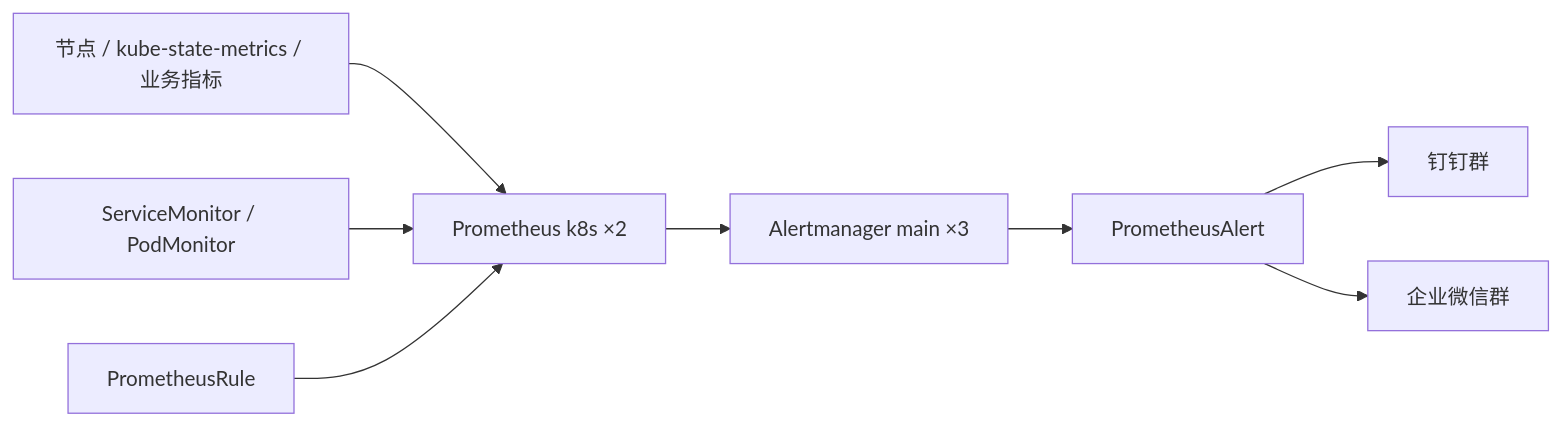
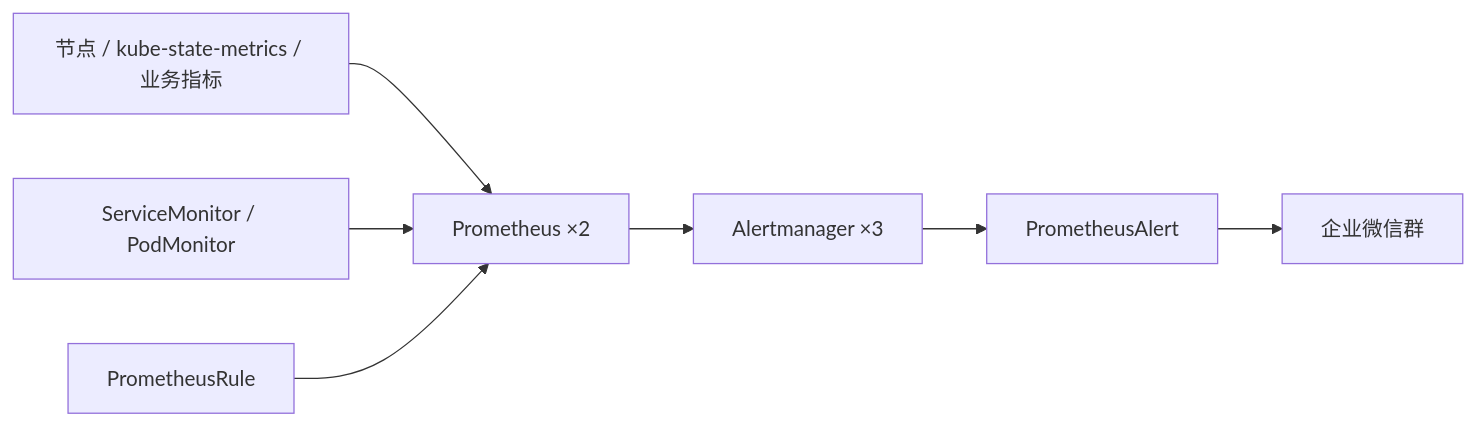
The diagram in README.md (sxxpqp/k8s-alerting-stack), drawn with Mermaid before and after one commit. The commit also changed other lines of this file and 7 other files, not shown here.

````diff
--- a/README.md
+++ b/README.md
@@ -7,10 +5,9 @@
 ```mermaid
 flowchart LR
-  E[节点 / kube-state-metrics / 业务指标] --> P[Prometheus k8s ×2]
+  E[节点 / kube-state-metrics / 业务指标] --> P[Prometheus ×2]
   SM[ServiceMonitor / PodMonitor] --> P
   R[PrometheusRule] --> P
-  P --> A[Alertmanager main ×3]
+  P --> A[Alertmanager ×3]
   A --> C[PrometheusAlert]
-  C --> D[钉钉群]
   C --> W[企业微信群]
 ```
````
